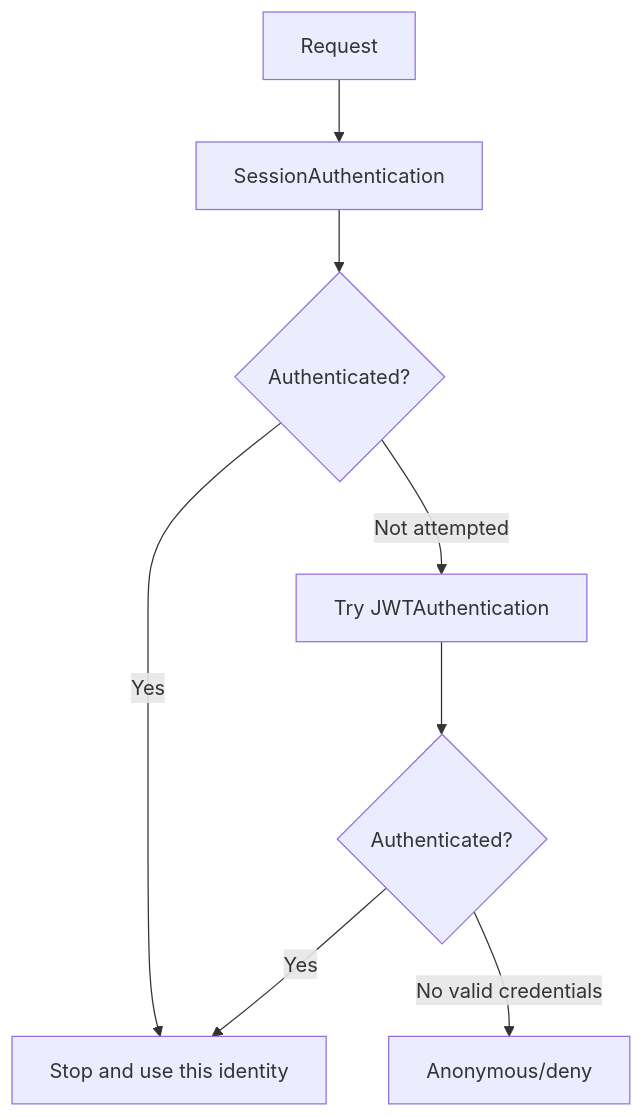
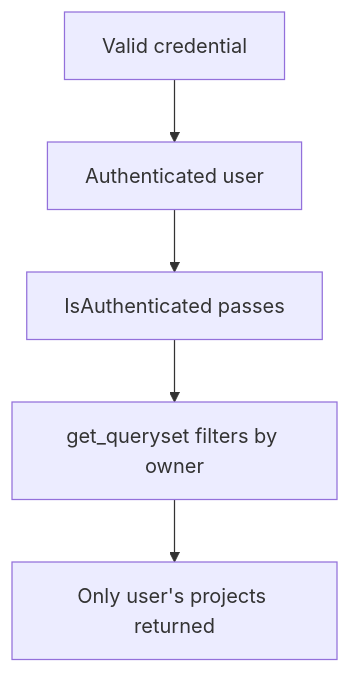
Before and after one commit to AvadhBhalodiya/Interview-Preparation: the sixth of 7 diagrams in src/content/drf/authentication.md, drawn with Mermaid. The commit also changed other lines of this file and 80 other files, not shown here.

````diff
--- a/src/content/drf/authentication.md
+++ b/src/content/drf/authentication.md
@@ -946,10 +393,7 @@
 ```mermaid
 flowchart TD
-    A[Request] --> B[SessionAuthentication]
-    B --> C{Authenticated?}
-    C -->|Yes| D[Stop and use this identity]
-    C -->|Not attempted| E[Try JWTAuthentication]
-    E --> F{Authenticated?}
-    F -->|Yes| D
-    F -->|No valid credentials| G["Anonymous/deny"]
+    A[Valid credential] --> B[Authenticated user]
+    B --> C[IsAuthenticated passes]
+    C --> D[get_queryset filters by owner]
+    D --> E[Only user's projects returned]
 ```
````
